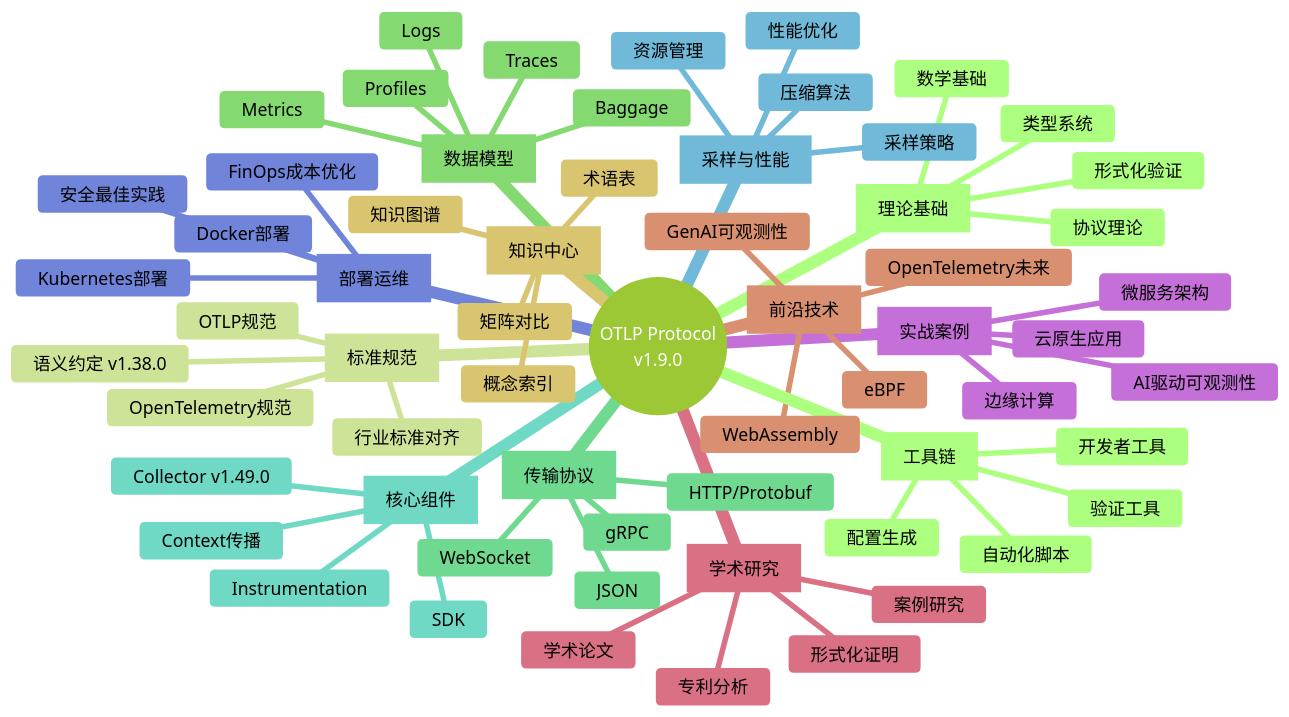
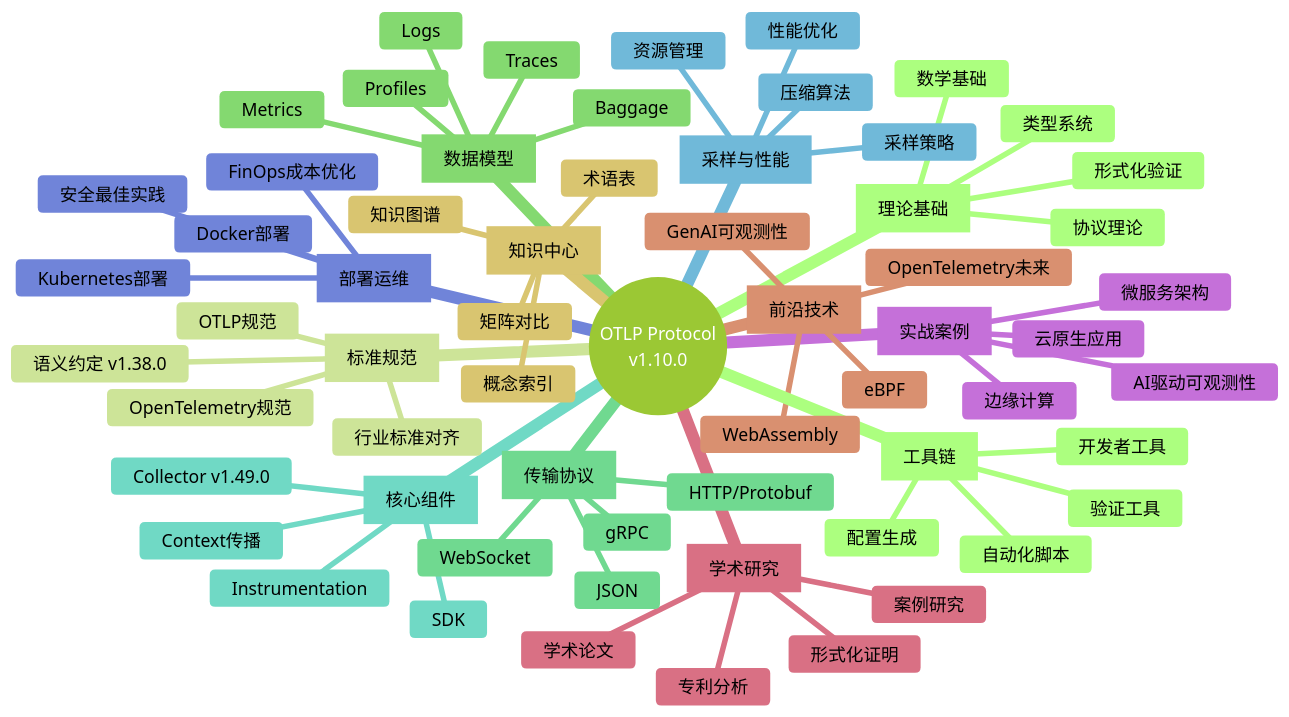
One commit to AdaMartin18010/OTLP changed the first of 2 diagrams in docs/00_参考资料/21_导图_主题总览思维导图.md. Above: the diagram before and after it, drawn with Mermaid (forest theme). The commit also changed other lines of this file and 76 other files, not shown here.

````diff
--- a/docs/00_参考资料/21_导图_主题总览思维导图.md
+++ b/docs/00_参考资料/21_导图_主题总览思维导图.md
@@ -11,66 +11,66 @@
 ```mermaid
 mindmap
   root((OTLP Protocol
-  v1.9.0))
+  v1.10.0))
     T1[理论基础]
       数学基础
       形式化验证
       类型系统
       协议理论
     T2[标准规范]
       OTLP规范
       语义约定 v1.38.0
       OpenTelemetry规范
       行业标准对齐
     T3[数据模型]
       Traces
       Metrics
       Logs
       Profiles
       Baggage
     T4[传输协议]
       gRPC
       HTTP/Protobuf
       JSON
       WebSocket
     T5[核心组件]
       SDK
       Collector v1.49.0
       Context传播
       Instrumentation
     T6[采样与性能]
       采样策略
       压缩算法
       性能优化
       资源管理
     T7[部署运维]
       Docker部署
       Kubernetes部署
       安全最佳实践
       FinOps成本优化
     T8[实战案例]
       微服务架构
       云原生应用
       AI驱动可观测性
       边缘计算
     T9[学术研究]
       学术论文
       形式化证明
       案例研究
       专利分析
     T10[前沿技术]
       eBPF
       GenAI可观测性
       WebAssembly
       OpenTelemetry未来
     T11[知识中心]
       概念索引
       知识图谱
       矩阵对比
       术语表
     T12[工具链]
       配置生成
       验证工具
       自动化脚本
       开发者工具
 ```
````
